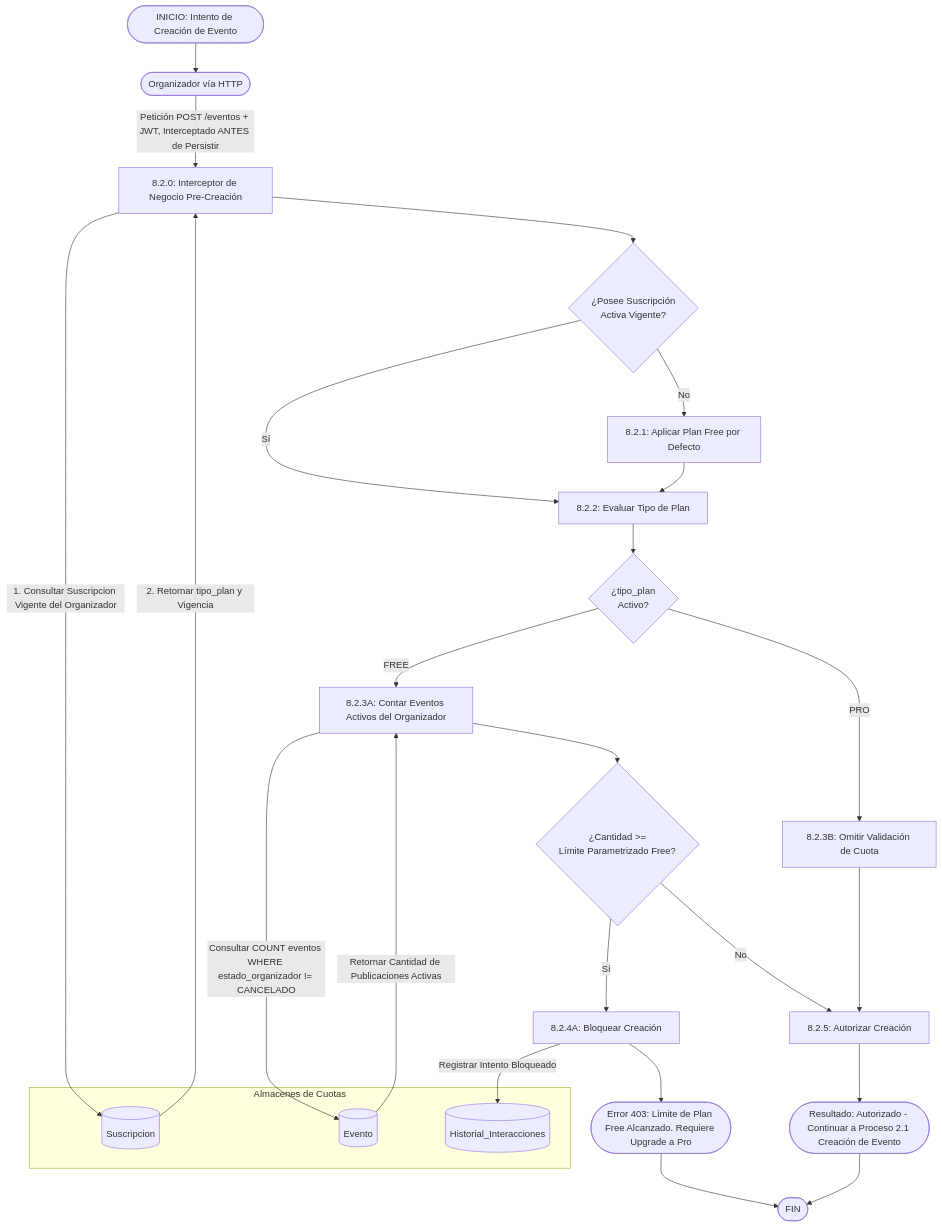
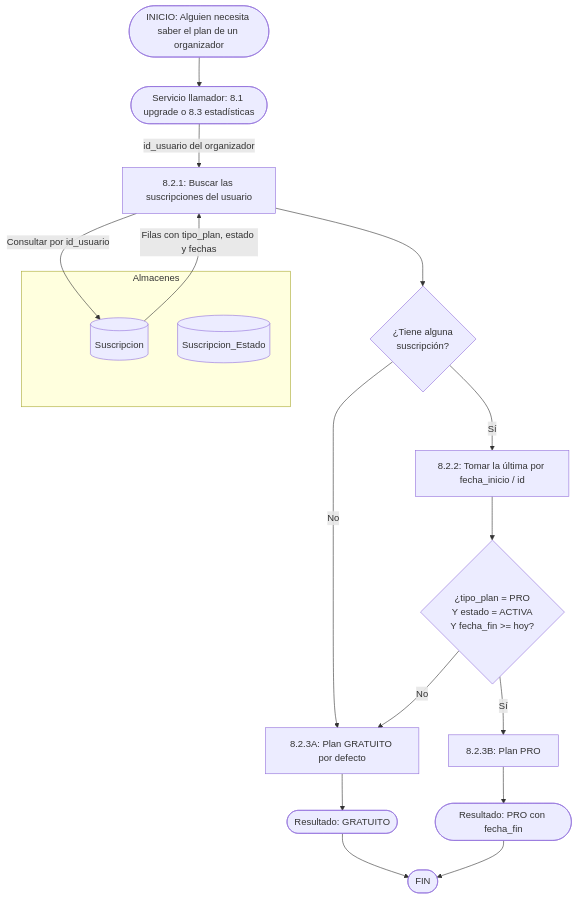
The diagram in docs/tempDFD/modulo_8_membresias/8.2_control_cuotas_plan.md (dev-gastong/Enexia), drawn with Mermaid before and after one commit. The commit also changed other lines of this file and 37 other files, not shown here.

First line of the commit message:
Desbloqueo solo por admin, sin tope de eventos y DFD pendientes en tempDFD

````diff
--- a/docs/tempDFD/modulo_8_membresias/8.2_control_cuotas_plan.md
+++ b/docs/tempDFD/modulo_8_membresias/8.2_control_cuotas_plan.md
@@ -1,47 +19,25 @@
 ```mermaid
 graph TD
-    %% Punto de Inicio Único
-    INICIO([INICIO: Intento de Creación de Evento]) --> Org([Organizador vía HTTP])
-    Org -->|Petición POST /eventos + JWT, Interceptado ANTES de Persistir| P8_2_0[8.2.0: Interceptor de Negocio Pre-Creación]
+    INICIO([INICIO: Alguien necesita saber el plan de un organizador]) --> Llamador([Servicio llamador: 8.1 upgrade o 8.3 estadísticas])
 
-    %% Almacenes de Datos
-    subgraph Almacenes de Cuotas
+    subgraph Almacenes
         D20_Sus[(Suscripcion)]
-        D10_Ev[(Evento)]
-        D6_Logs[(Historial_Interacciones)]
+        D20_SusEst[(Suscripcion_Estado)]
     end
 
-    %% 1. RESOLUCIÓN DEL PLAN ACTIVO
-    P8_2_0 -->|1. Consultar Suscripcion Vigente del Organizador| D20_Sus
-    D20_Sus -->|2. Retornar tipo_plan y Vigencia| P8_2_0
-    P8_2_0 --> C_TienePlan{¿Posee Suscripción<br>Activa Vigente?}
+    Llamador -->|id_usuario del organizador| P8_2_1[8.2.1: Buscar las suscripciones del usuario]
+    P8_2_1 -->|Consultar por id_usuario| D20_Sus
+    D20_Sus -->|Filas con tipo_plan, estado y fechas| P8_2_1
+    P8_2_1 --> C_Hay{¿Tiene alguna<br>suscripción?}
 
-    %% Sin suscripción registrada = Plan Free por defecto
-    C_TienePlan -->|No| P8_2_1[8.2.1: Aplicar Plan Free por Defecto]
-    C_TienePlan -->|Sí| P8_2_2[8.2.2: Evaluar Tipo de Plan]
-    P8_2_1 --> P8_2_2
+    C_Hay -->|No| P8_2_3A[8.2.3A: Plan GRATUITO por defecto]
+    C_Hay -->|Sí| P8_2_2[8.2.2: Tomar la última por fecha_inicio / id]
+    P8_2_2 --> C_Pro{¿tipo_plan = PRO<br>Y estado = ACTIVA<br>Y fecha_fin >= hoy?}
+    C_Pro -->|Sí| P8_2_3B[8.2.3B: Plan PRO]
+    C_Pro -->|No| P8_2_3A
 
-    P8_2_2 --> C_TipoPlan{¿tipo_plan<br>Activo?}
-
-    %% ===== RAMA A: PLAN FREE (RESTRICTIVO) =====
-    C_TipoPlan -->|FREE| P8_2_3A[8.2.3A: Contar Eventos Activos del Organizador]
-    P8_2_3A -->|Consultar COUNT eventos WHERE estado_organizador != CANCELADO| D10_Ev
-    D10_Ev -->|Retornar Cantidad de Publicaciones Activas| P8_2_3A
-    P8_2_3A --> C_LimiteFree{¿Cantidad >=<br>Límite Parametrizado Free?}
-
-    C_LimiteFree -->|Sí| P8_2_4A[8.2.4A: Bloquear Creación]
-    P8_2_4A -->|Registrar Intento Bloqueado| D6_Logs
-    P8_2_4A --> Err_Limite([Error 403: Límite de Plan Free Alcanzado. Requiere Upgrade a Pro])
-
-    C_LimiteFree -->|No| P8_2_5[8.2.5: Autorizar Creación]
-
-    %% ===== RAMA B: PLAN PRO (SIN RESTRICCIÓN) =====
-    C_TipoPlan -->|PRO| P8_2_3B[8.2.3B: Omitir Validación de Cuota]
-    P8_2_3B --> P8_2_5
-
-    P8_2_5 --> Success_Autorizado([Resultado: Autorizado - Continuar a Proceso 2.1 Creación de Evento])
-
-    %% Unificación de Salidas (Punto de Fin Único)
-    Err_Limite --> FIN([FIN])
-    Success_Autorizado --> FIN
+    P8_2_3A --> Res([Resultado: GRATUITO])
+    P8_2_3B --> Res2([Resultado: PRO con fecha_fin])
+    Res --> FIN([FIN])
+    Res2 --> FIN
 ```
````
